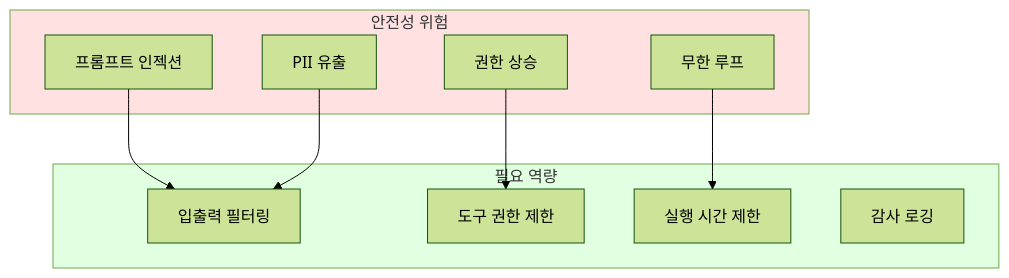
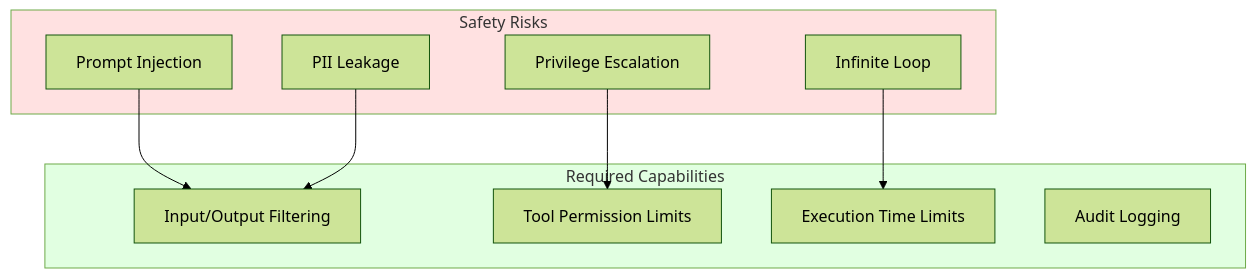
The third of 4 diagrams in i18n/en/docusaurus-plugin-content-docs/current/agentic-ai-platform/design-architecture/agentic-ai-challenges.md (devfloor9/engineering-playbook), drawn with Mermaid (forest theme) before and after one commit. The commit also changed other lines of this file and 16 other files, not shown here.

````diff
--- a/i18n/en/docusaurus-plugin-content-docs/current/agentic-ai-platform/design-architecture/agentic-ai-challenges.md
+++ b/i18n/en/docusaurus-plugin-content-docs/current/agentic-ai-platform/design-architecture/agentic-ai-challenges.md
@@ -149,24 +149,24 @@
 ```mermaid
 flowchart TD
-    subgraph Risks["안전성 위험"]
-        R1["프롬프트 인젝션"]
-        R2["PII 유출"]
-        R3["무한 루프"]
-        R4["권한 상승"]
+    subgraph Risks["Safety Risks"]
+        R1["Prompt Injection"]
+        R2["PII Leakage"]
+        R3["Infinite Loop"]
+        R4["Privilege Escalation"]
     end
 
-    subgraph Needs["필요 역량"]
-        N1["입출력 필터링"]
-        N2["도구 권한 제한"]
-        N3["실행 시간 제한"]
-        N4["감사 로깅"]
+    subgraph Needs["Required Capabilities"]
+        N1["Input/Output Filtering"]
+        N2["Tool Permission Limits"]
+        N3["Execution Time Limits"]
+        N4["Audit Logging"]
     end
 
     R1 --> N1
     R2 --> N1
     R3 --> N3
     R4 --> N2
 
     style Risks fill:#ffe1e1
     style Needs fill:#e1ffe1
 ```
````
